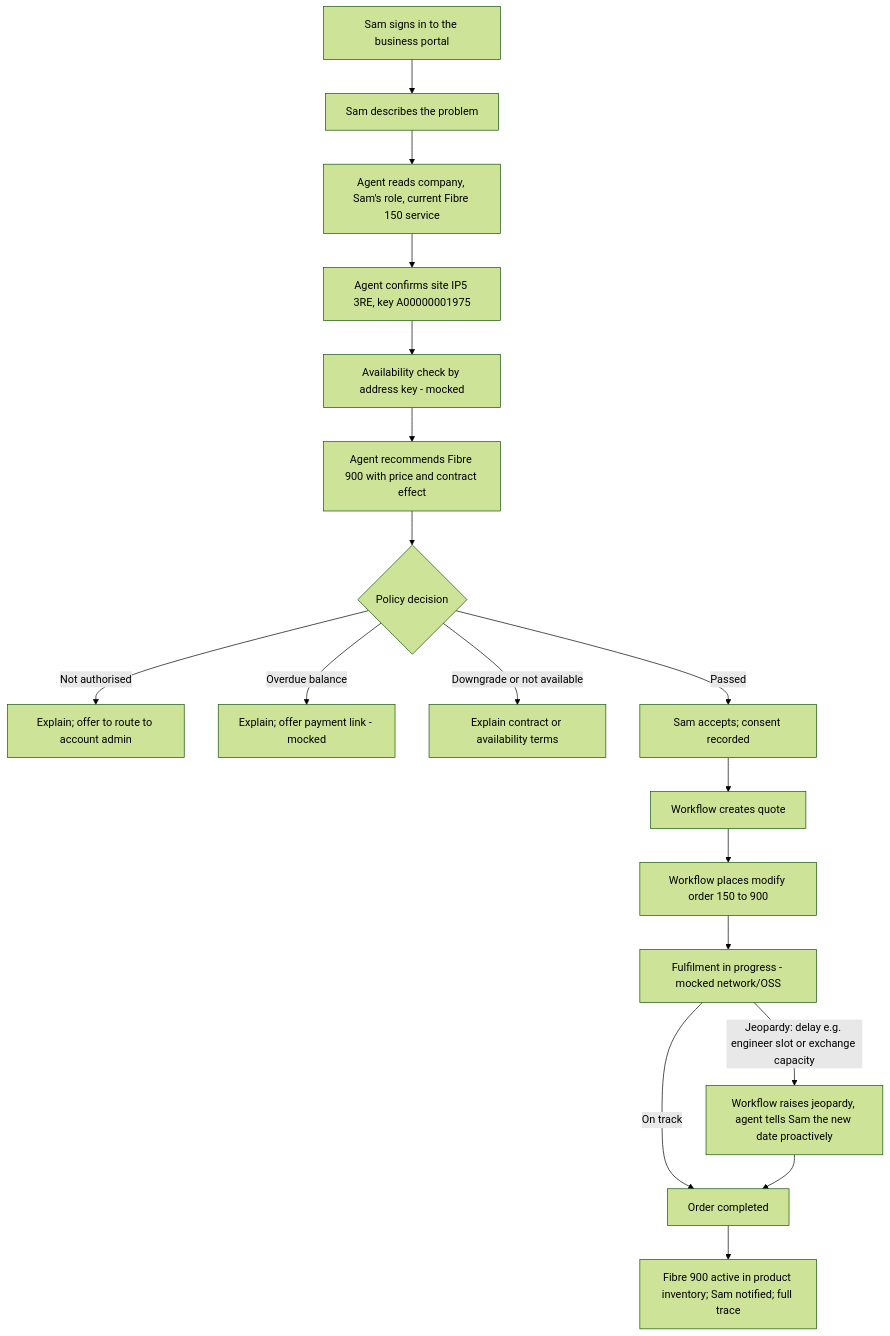
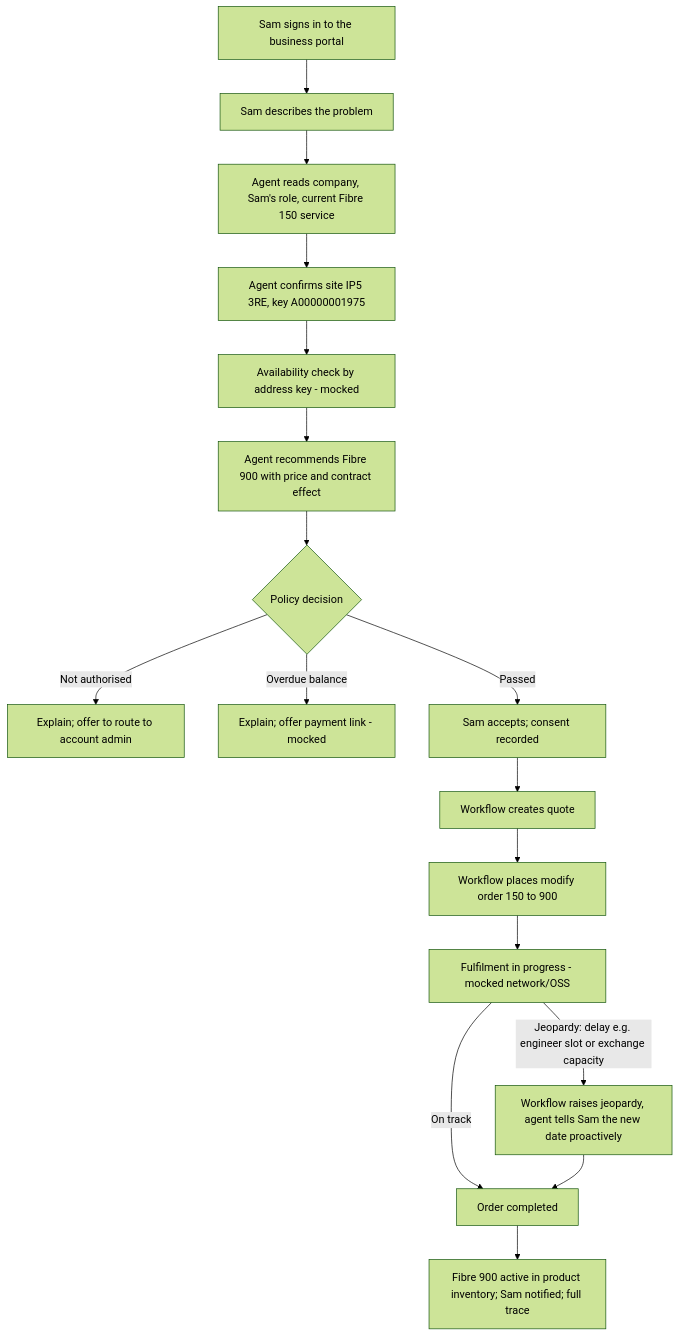
One commit to lalit4241/agentic-telco changed the diagram in docs/mvp/MVP-design.md. Above: the diagram before and after it, drawn with Mermaid (forest theme). The commit also changed other lines of this file, not shown here.

Commit message:
MVP design: drop downgrade path; add TMF622 modify build item

````diff
--- a/docs/mvp/MVP-design.md
+++ b/docs/mvp/MVP-design.md
@@ -25,20 +25,19 @@
 ```mermaid
 flowchart TD
   A[Sam signs in to the business portal] --> B[Sam describes the problem]
   B --> C[Agent reads company, Sam's role, current Fibre 150 service]
   C --> D[Agent confirms site IP5 3RE, key A00000001975]
   D --> E[Availability check by address key - mocked]
   E --> F[Agent recommends Fibre 900 with price and contract effect]
   F --> G{Policy decision}
   G -- Not authorised --> X1[Explain; offer to route to account admin]
   G -- Overdue balance --> X2[Explain; offer payment link - mocked]
-  G -- Downgrade or not available --> X4[Explain contract or availability terms]
   G -- Passed --> H[Sam accepts; consent recorded]
   H --> I[Workflow creates quote]
   I --> J[Workflow places modify order 150 to 900]
   J --> L[Fulfilment in progress - mocked network/OSS]
   L -- On track --> K[Order completed]
   L -- Jeopardy: delay e.g. engineer slot or exchange capacity --> M[Workflow raises jeopardy, agent tells Sam the new date proactively]
   M --> K
   K --> N[Fibre 900 active in product inventory; Sam notified; full trace]
 ```
````
